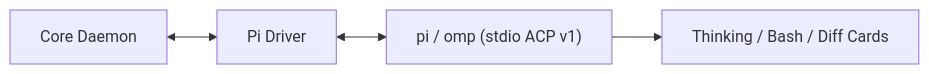
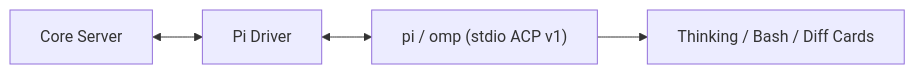
One commit to morewebs/OpenRemote changed the sixth of 6 diagrams in docs/spec/03_AGENT_DRIVERS_SPEC.md. Above: the diagram before and after it, drawn with Mermaid. The commit also changed other lines of this file and 12 other files, not shown here.

````diff
--- a/docs/spec/03_AGENT_DRIVERS_SPEC.md
+++ b/docs/spec/03_AGENT_DRIVERS_SPEC.md
@@ -131,6 +180,6 @@
 ```mermaid
 graph LR
-    Daemon[Core Daemon] <--> Driver[Pi Driver]
+    Daemon[Core Server] <--> Driver[Pi Driver]
     Driver <--> ACP["pi / omp (stdio ACP v1)"]
     ACP --> Cards[Thinking / Bash / Diff Cards]
 ```
````
